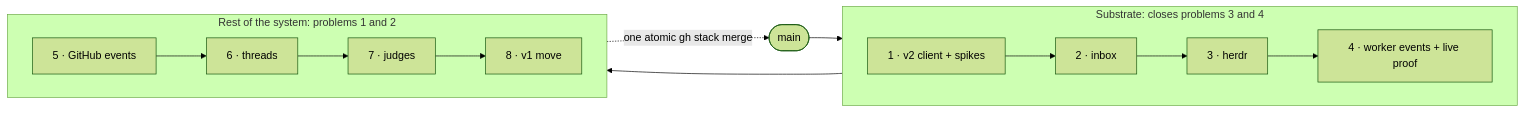
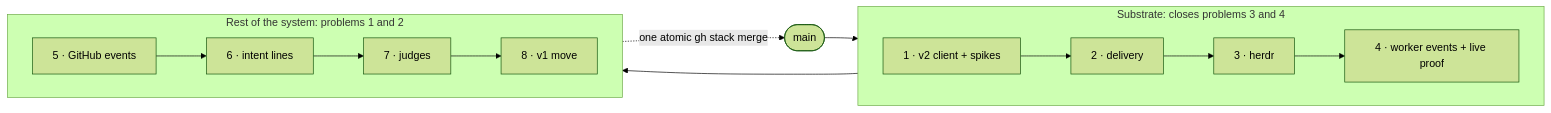
One commit to adamkaplan/fleet-kit changed the first of 11 diagrams in docs/switchboard.md. Above: the diagram before and after it, drawn with Mermaid (forest theme). The commit also changed other lines of this file, not shown here.

First line of the commit message:
docs: switchboard: status from herdr, derived state, intent lines

````diff
--- a/docs/switchboard.md
+++ b/docs/switchboard.md
@@ -25,15 +25,15 @@
 ```mermaid
 flowchart LR
   main(["main"])
   subgraph substrate["Substrate: closes problems 3 and 4"]
     direction LR
-    p1["1 · v2 client + spikes"] --> p2["2 · inbox"] --> p3["3 · herdr"] --> p4["4 · worker events + live proof"]
+    p1["1 · v2 client + spikes"] --> p2["2 · delivery"] --> p3["3 · herdr"] --> p4["4 · worker events + live proof"]
   end
   subgraph system["Rest of the system: problems 1 and 2"]
     direction LR
-    p5["5 · GitHub events"] --> p6["6 · threads"] --> p7["7 · judges"] --> p8["8 · v1 move"]
+    p5["5 · GitHub events"] --> p6["6 · intent lines"] --> p7["7 · judges"] --> p8["8 · v1 move"]
   end
   main --> p1
   p4 --> p5
   p8 -. "one atomic gh stack merge" .-> main
 ```
````
